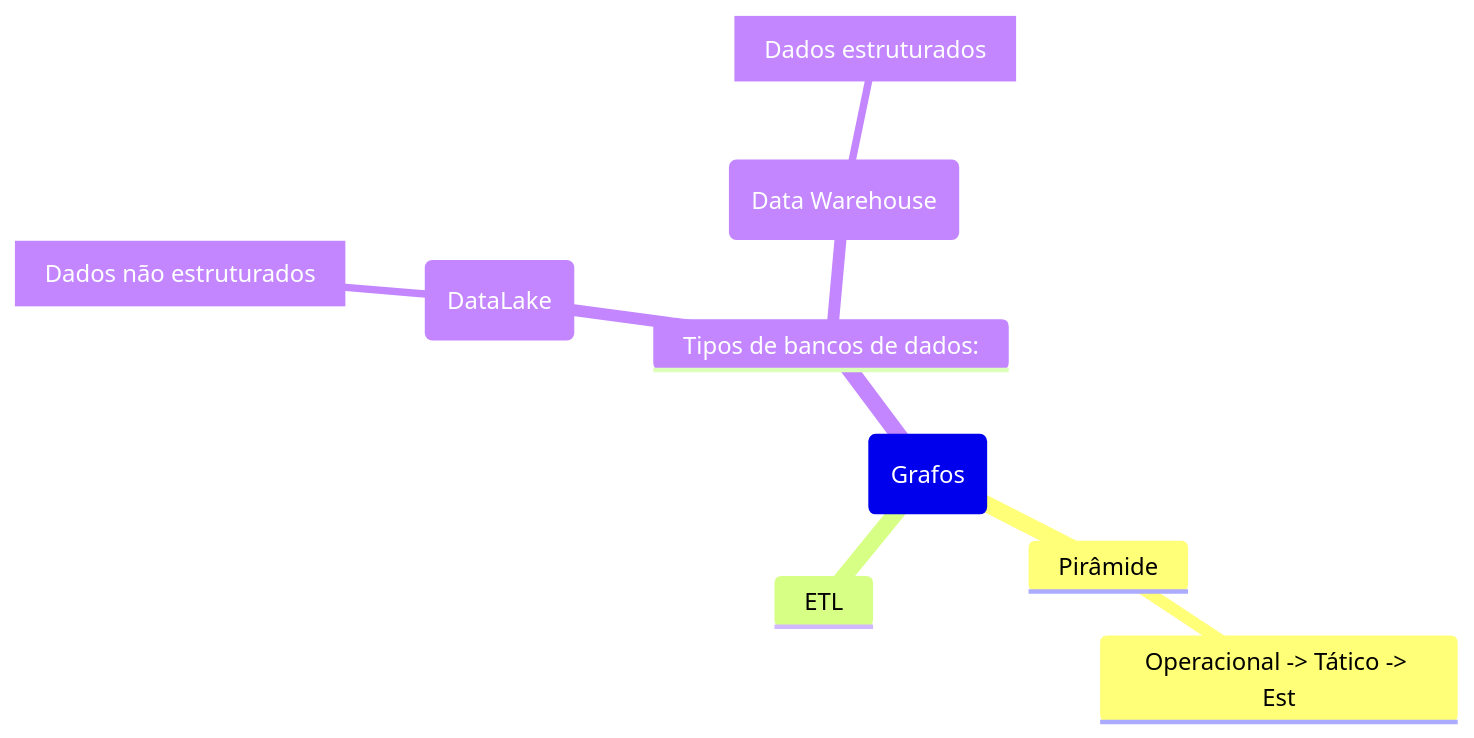
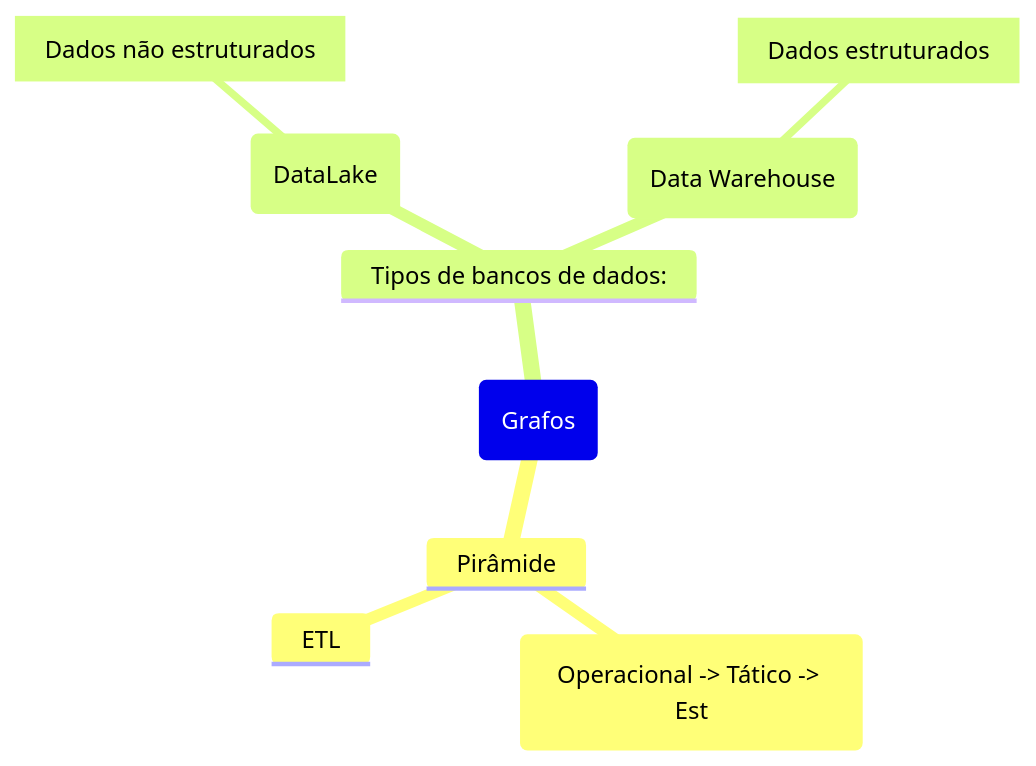
The diagram in Mestrado/Segundo Semestre/SIN5033 - Grafos de conhecimento e Ontologias/Anotações/De Aulas/Aula do dia 2026 04 08.md (Igorino/joplin-notes), drawn with Mermaid before and after one commit.

Commit message:
Exported on 2026-04-08_15-06-51

````diff
--- a/Mestrado/Segundo Semestre/SIN5033 - Grafos de conhecimento e Ontologias/Anotações/De Aulas/Aula do dia 2026 04 08.md
+++ b/Mestrado/Segundo Semestre/SIN5033 - Grafos de conhecimento e Ontologias/Anotações/De Aulas/Aula do dia 2026 04 08.md
@@ -1,12 +1,15 @@
 ```mermaid
 mindmap
 	Root(Grafos)
 		Pirâmide
-			Operacional -> Tático -> Est
-		ETL
+			("Operacional -> Tático -> Est")
+			ETL
+
 		Tipos de bancos de dados:		
 			(DataLake)
 				[Dados não estruturados]
 			(Data Warehouse)
 				[Dados estruturados]
+
+		
 ```
````
